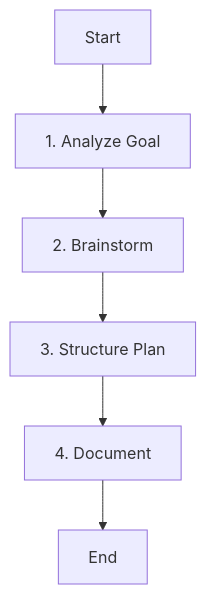
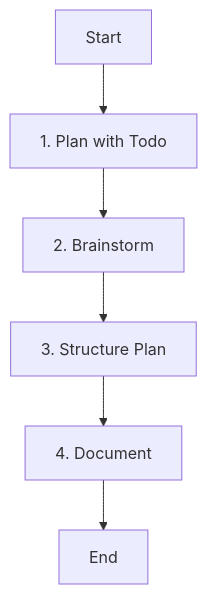
Before and after one commit to ksm0709/dotfiles: the diagram in opencode/config/agent/plan.md, drawn with Mermaid. The commit also changed other lines of this file and 7 other files, not shown here.

Commit message:
refactor(agent): update all agents to match latest template with 'Plan with Todo' workflow

````diff
--- a/opencode/config/agent/plan.md
+++ b/opencode/config/agent/plan.md
@@ -29,8 +29,8 @@
 ```mermaid
 graph TD
-    Start[Start] --> Analyze[1. Analyze Goal]
-    Analyze --> Brainstorm[2. Brainstorm]
+    Start[Start] --> Plan[1. Plan with Todo]
+    Plan --> Brainstorm[2. Brainstorm]
     Brainstorm --> Structure[3. Structure Plan]
     Structure --> Document[4. Document]
     Document --> End[End]
 ```
````
